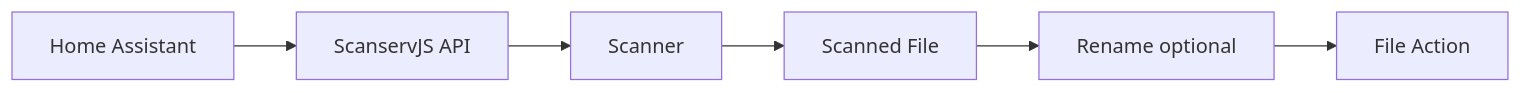
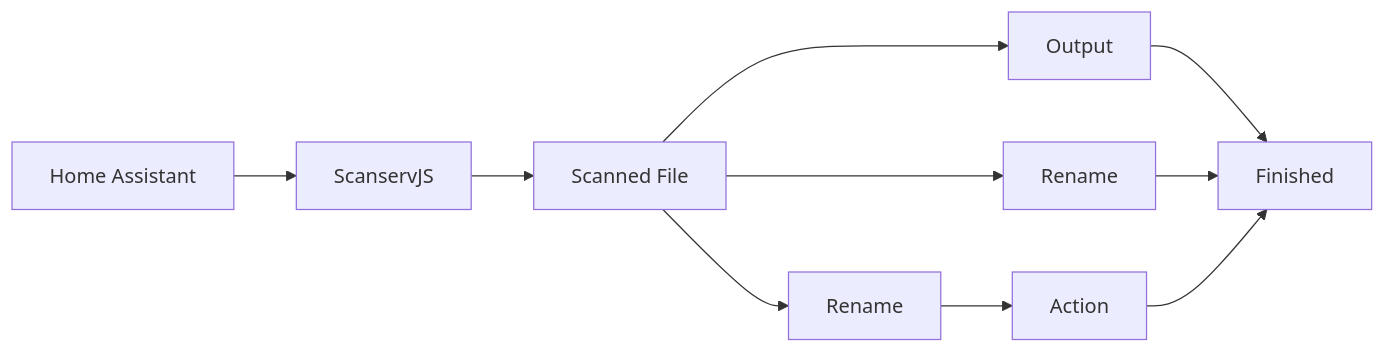
The diagram in README.md (marioir2001/scanservjs_ha), drawn with Mermaid before and after one commit.

````diff
--- a/README.md
+++ b/README.md
@@ -118,8 +118,8 @@
 ```mermaid
 flowchart LR
-    HA[Home Assistant] --> API[ScanservJS API]
-    API --> Scanner[Scanner]
-    Scanner --> File[Scanned File]
-    File --> Rename[Rename optional]
-    Rename --> Action[File Action]
+    A[Home Assistant] --> B[ScanservJS]
+    B --> C[Scanned File]
+    C --> D[Output] --> H
+    C --> E[Rename] --> H
+    C --> F[Rename] --> G[Action] --> H[Finished]
 ```
````
